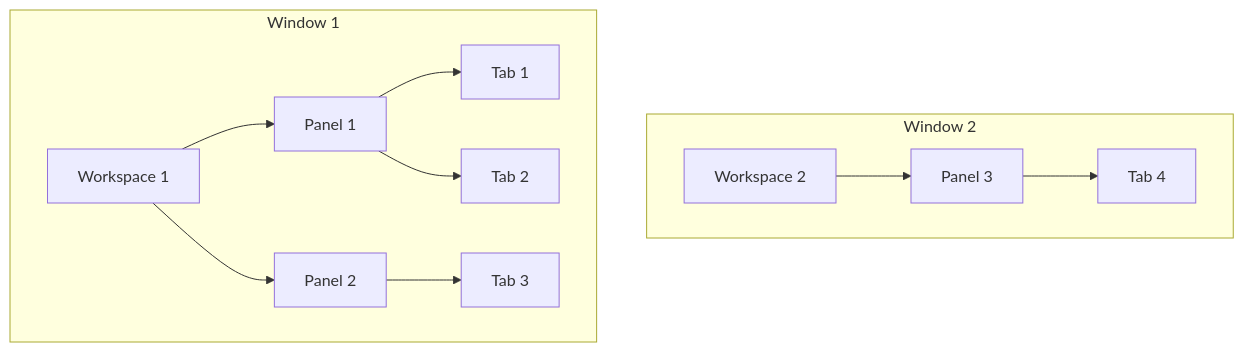
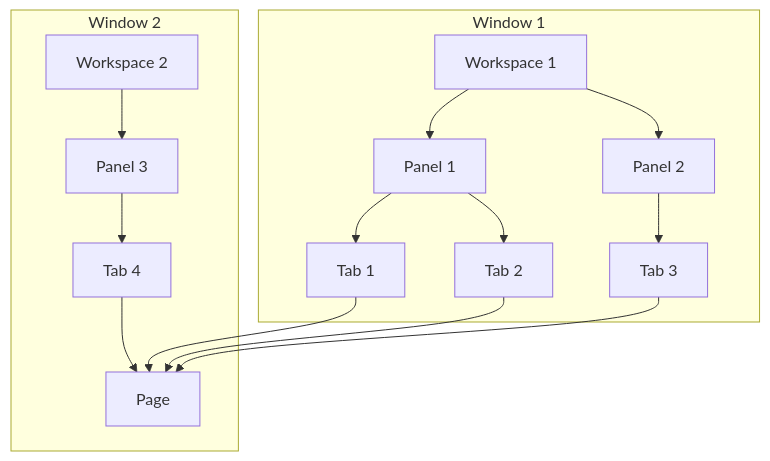
One commit to Nexus-Mods/NexusMods.App changed the diagram in docs/decisions/frontend/0002-Workspaces.md. Above: the diagram before and after it, drawn with Mermaid. The commit also changed other lines of this file, not shown here.

Commit message:
Add pages to the docs

````diff
--- a/docs/decisions/frontend/0002-Workspaces.md
+++ b/docs/decisions/frontend/0002-Workspaces.md
@@ -11,17 +12,17 @@
 ```mermaid
 flowchart TD
     subgraph Window 2
         Workspace2[Workspace 2]
         Workspace2 --> Panel3[Panel 3]
-        Panel3 --> Tab4[Tab 4]
+        Panel3 --> Tab4[Tab 4] --> Page
     end
 
     subgraph Window 1
         Workspace1[Workspace 1]
         Workspace1 --> Panel1[Panel 1]
         Workspace1 --> Panel2[Panel 2]
-        Panel1 --> Tab1[Tab 1]
-        Panel1 --> Tab2[Tab 2]
-        Panel2 --> Tab3[Tab 3]
+        Panel1 --> Tab1[Tab 1] --> Page
+        Panel1 --> Tab2[Tab 2] --> Page
+        Panel2 --> Tab3[Tab 3] --> Page
     end
 ```
````
